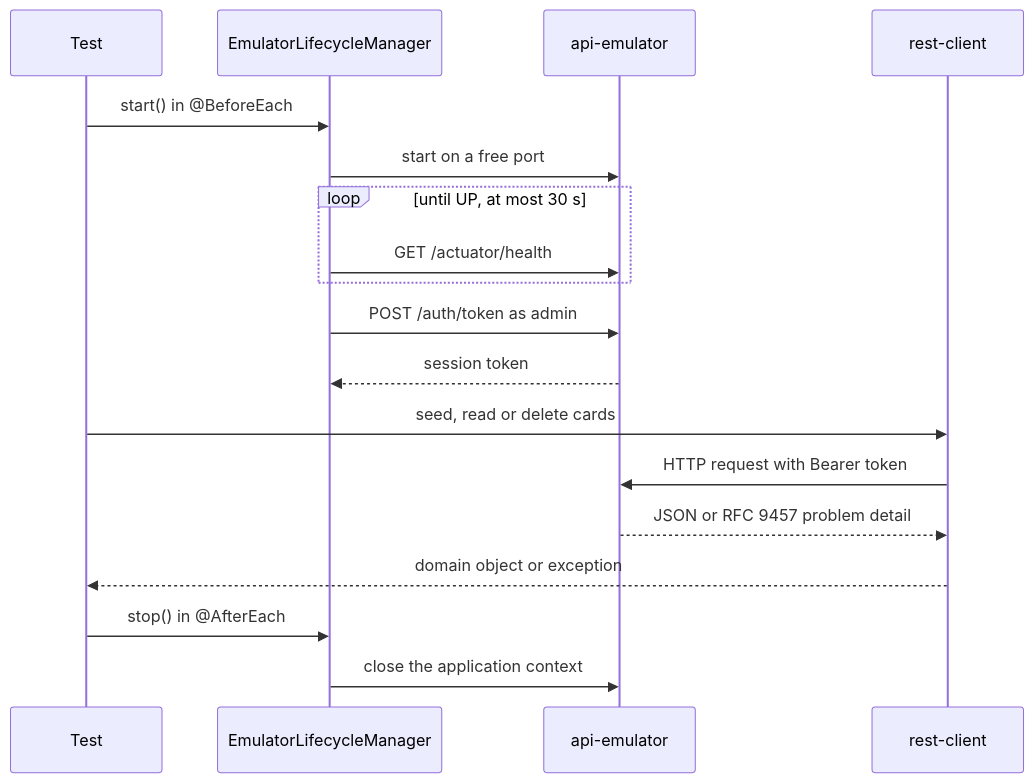
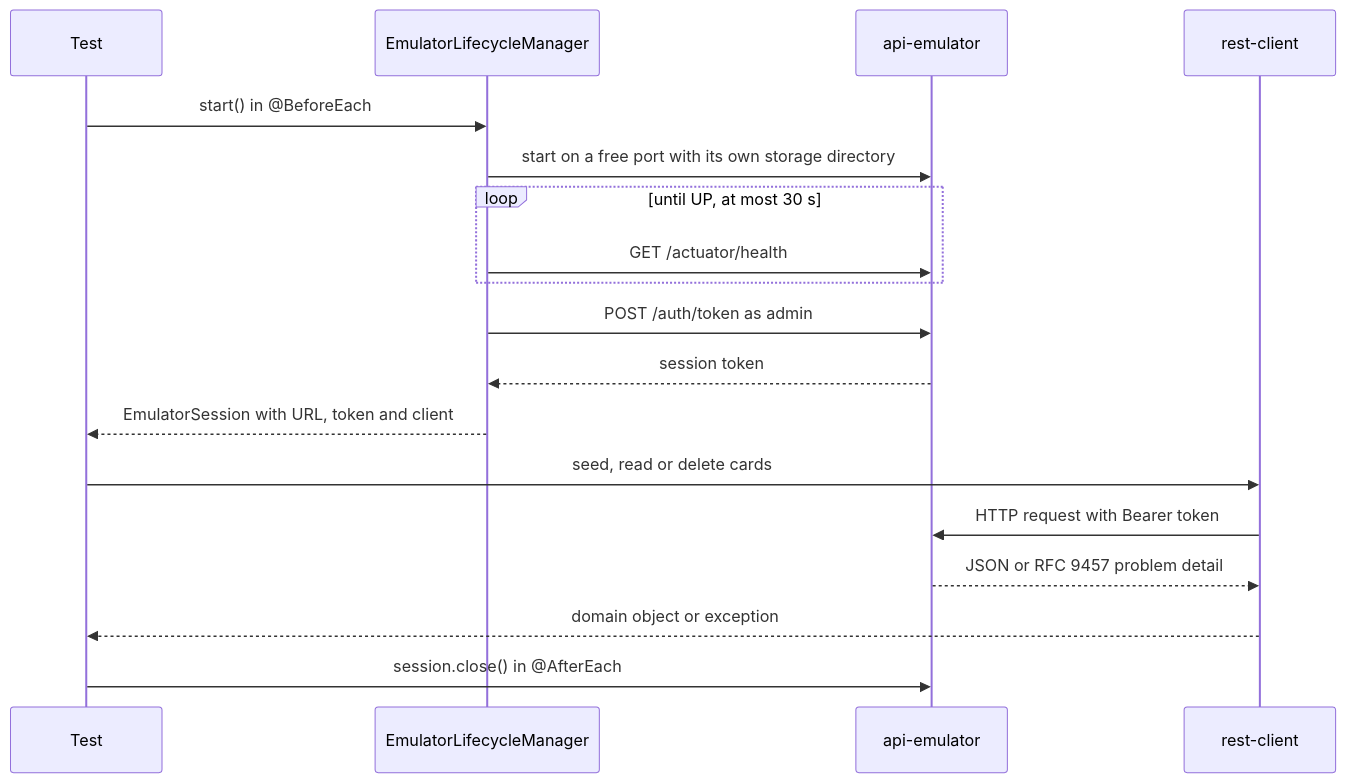
Before and after one commit to elya-b/ApiCustomTesting: the second of 3 diagrams in README.md, drawn with Mermaid. The commit also changed other lines of this file and 3 other files, not shown here.

````diff
--- a/README.md
+++ b/README.md
@@ -56,20 +56,20 @@
 ```mermaid
 sequenceDiagram
     participant T as Test
     participant M as EmulatorLifecycleManager
     participant E as api-emulator
     participant C as rest-client
     T->>M: start() in @BeforeEach
-    M->>E: start on a free port
+    M->>E: start on a free port with its own storage directory
     loop until UP, at most 30 s
         M->>E: GET /actuator/health
     end
     M->>E: POST /auth/token as admin
     E-->>M: session token
+    M-->>T: EmulatorSession with URL, token and client
     T->>C: seed, read or delete cards
     C->>E: HTTP request with Bearer token
     E-->>C: JSON or RFC 9457 problem detail
     C-->>T: domain object or exception
-    T->>M: stop() in @AfterEach
-    M->>E: close the application context
+    T->>E: session.close() in @AfterEach
 ```
````
